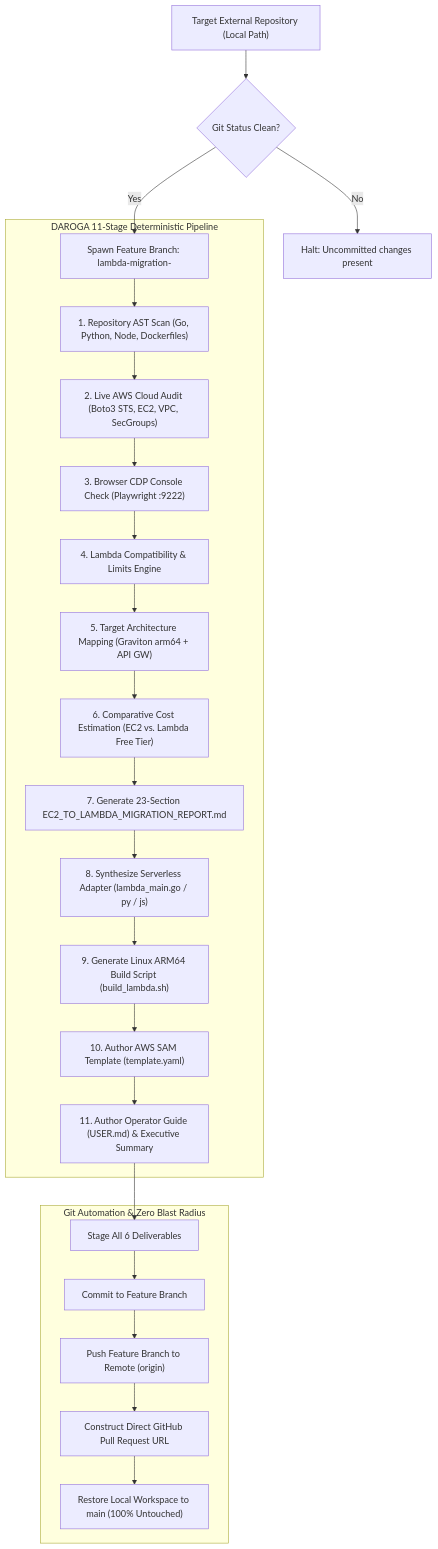
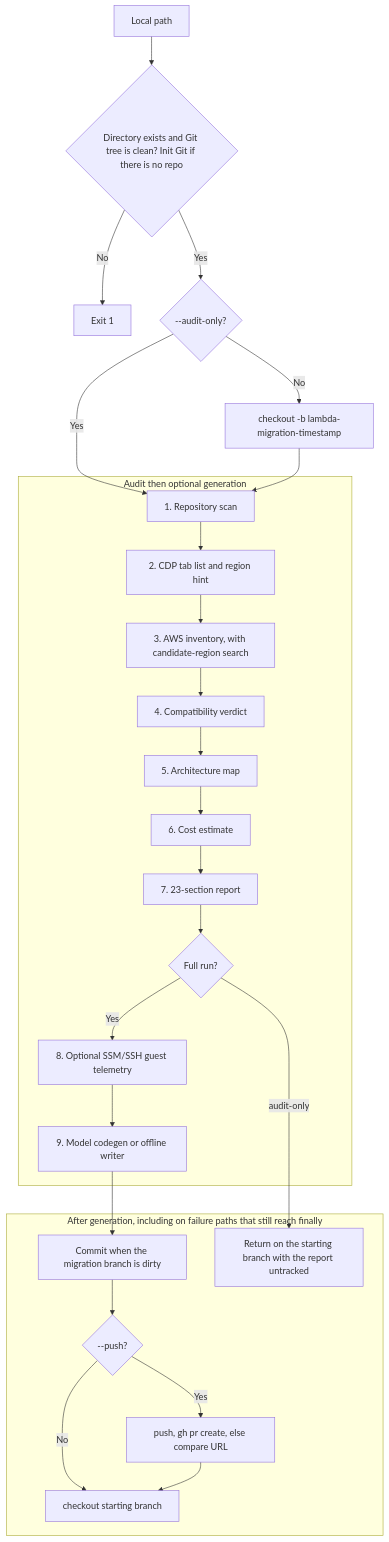
Before and after one commit to dhawalshankar/daroga: the first of 2 diagrams in docs/PRD.md, drawn with Mermaid. The commit also changed other lines of this file and 6 other files, not shown here.

Commit message:
docs: update architecture and CLI reference for clarity and consistency, enhance PRD with detailed scope and migration process

````diff
--- a/docs/PRD.md
+++ b/docs/PRD.md
@@ -48,28 +60,30 @@
 ```mermaid
 flowchart TD
-    Repo["Target External Repository (Local Path)"] --> CleanCheck{"Git Status Clean?"}
-    CleanCheck -- "No" --> Abort["Halt: Uncommitted changes present"]
-    CleanCheck -- "Yes" --> Spawn["Spawn Feature Branch: lambda-migration-<timestamp>"]
+    Repo["Local path"] --> Clean{"Directory exists and Git tree is clean? Init Git if there is no repo"}
+    Clean -- "No" --> Abort["Exit 1"]
+    Clean -- "Yes" --> Mode{"--audit-only?"}
+    Mode -- "No" --> Spawn["checkout -b lambda-migration-timestamp"]
+    Mode -- "Yes" --> S1
+    Spawn --> S1
 
-    subgraph Pipeline ["DAROGA 11-Stage Deterministic Pipeline"]
-        Spawn --> S1["1. Repository AST Scan (Go, Python, Node, Dockerfiles)"]
-        S1 --> S2["2. Live AWS Cloud Audit (Boto3 STS, EC2, VPC, SecGroups)"]
-        S2 --> S3["3. Browser CDP Console Check (Playwright :9222)"]
-        S3 --> S4["4. Lambda Compatibility & Limits Engine"]
-        S4 --> S5["5. Target Architecture Mapping (Graviton arm64 + API GW)"]
-        S5 --> S6["6. Comparative Cost Estimation (EC2 vs. Lambda Free Tier)"]
-        S6 --> S7["7. Generate 23-Section EC2_TO_LAMBDA_MIGRATION_REPORT.md"]
-        S7 --> S8["8. Synthesize Serverless Adapter (lambda_main.go / py / js)"]
-        S8 --> S9["9. Generate Linux ARM64 Build Script (build_lambda.sh)"]
-        S9 --> S10["10. Author AWS SAM Template (template.yaml)"]
-        S10 --> S11["11. Author Operator Guide (USER.md) & Executive Summary"]
+    subgraph Pipeline ["Audit then optional generation"]
+        S1["1. Repository scan"] --> S2["2. CDP tab list and region hint"]
+        S2 --> S3["3. AWS inventory, with candidate-region search"]
+        S3 --> S4["4. Compatibility verdict"]
+        S4 --> S5["5. Architecture map"]
+        S5 --> S6["6. Cost estimate"]
+        S6 --> S7["7. 23-section report"]
+        S7 --> S8{"Full run?"}
+        S8 -- "Yes" --> S9["8. Optional SSM/SSH guest telemetry"]
+        S9 --> S10["9. Model codegen or offline writer"]
     end
 
-    subgraph GitFlow ["Git Automation & Zero Blast Radius"]
-        S11 --> Stage["Stage All 6 Deliverables"]
-        Stage --> Commit["Commit to Feature Branch"]
-        Commit --> Push["Push Feature Branch to Remote (origin)"]
-        Push --> PR["Construct Direct GitHub Pull Request URL"]
-        PR --> Restore["Restore Local Workspace to main (100% Untouched)"]
+    subgraph GitFlow ["After generation, including on failure paths that still reach finally"]
+        S10 --> Commit["Commit when the migration branch is dirty"]
+        Commit --> Push{"--push?"}
+        Push -- "Yes" --> PR["push, gh pr create, else compare URL"]
+        Push -- "No" --> Restore
+        PR --> Restore["checkout starting branch"]
+        S8 -- "audit-only" --> Done["Return on the starting branch with the report untracked"]
     end
 ```
````
